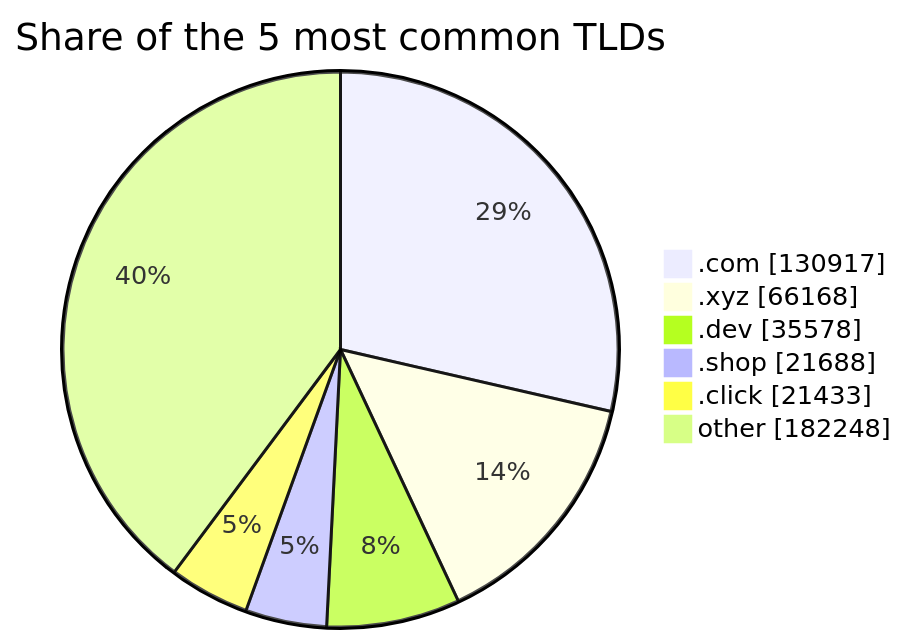
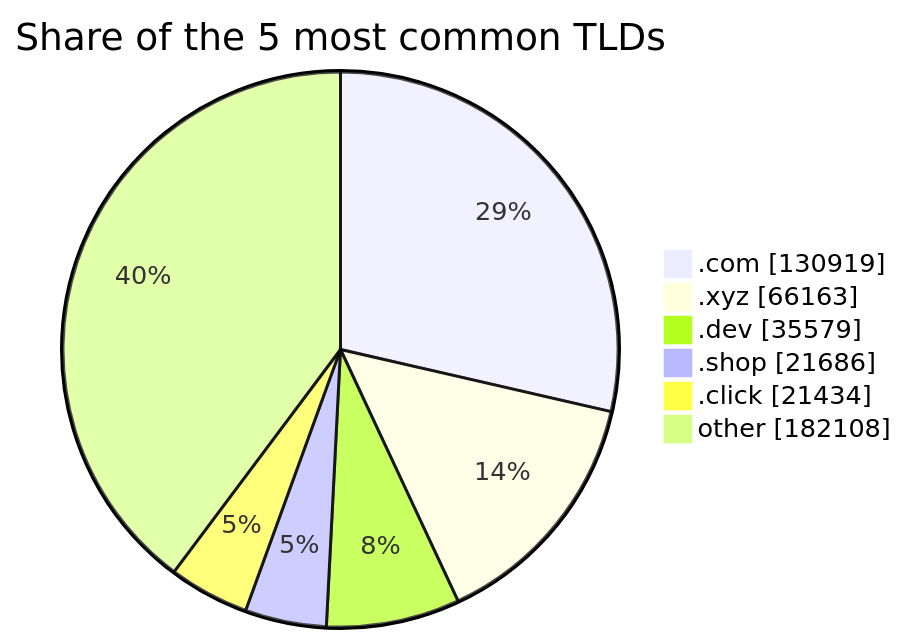
The third of 3 diagrams in README.md (DNSBunker/CTI), drawn with Mermaid before and after one commit. The commit also changed other lines of this file and 3 other files, not shown here.

````diff
--- a/README.md
+++ b/README.md
@@ -81,9 +81,9 @@
 ```mermaid
 pie showData title Share of the 5 most common TLDs
-    ".com" : 130917
-    ".xyz" : 66168
-    ".dev" : 35578
-    ".shop" : 21688
-    ".click" : 21433
-    "other" : 182248
+    ".com" : 130919
+    ".xyz" : 66163
+    ".dev" : 35579
+    ".shop" : 21686
+    ".click" : 21434
+    "other" : 182108
 ```
````
